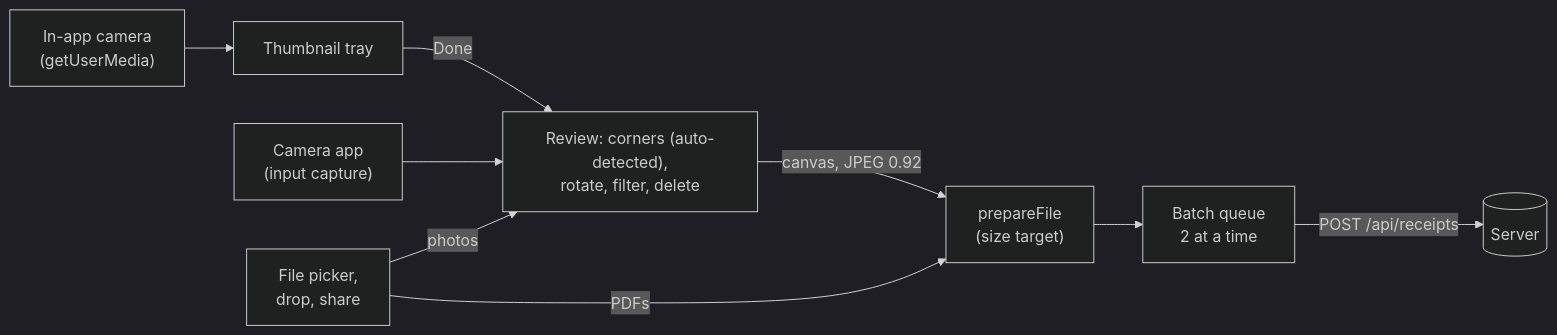
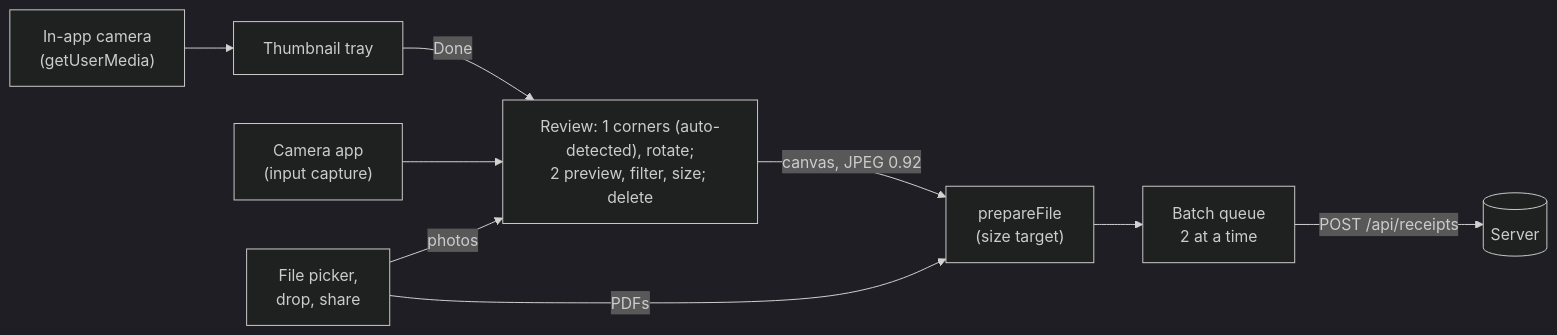
One commit to bhimrazy/receipt-ocr-app changed the first of 4 diagrams in docs/architecture/flows/upload-and-extraction.md. Above: the diagram before and after it, drawn with Mermaid (dark theme). The commit also changed other lines of this file and 8 other files, not shown here.

First line of the commit message:
fix(capture): two-step review with a filtered, cropped preview, loupe and a stable layout

````diff
--- a/docs/architecture/flows/upload-and-extraction.md
+++ b/docs/architecture/flows/upload-and-extraction.md
@@ -43,11 +43,11 @@
 ```mermaid
 flowchart LR
   cam["In-app camera<br/>(getUserMedia)"] --> tray[Thumbnail tray]
   fallback["Camera app<br/>(input capture)"] --> review
   pick["File picker,<br/>drop, share"] -->|photos| review
   pick -->|PDFs| prep
-  tray -->|Done| review["Review: corners (auto-detected),<br/>rotate, filter, delete"]
+  tray -->|Done| review["Review: 1 corners (auto-detected), rotate;<br/>2 preview, filter, size; delete"]
   review -->|"canvas, JPEG 0.92"| prep["prepareFile<br/>(size target)"]
   prep --> queue["Batch queue<br/>2 at a time"]
   queue -->|"POST /api/receipts"| server[(Server)]
 ```
````
